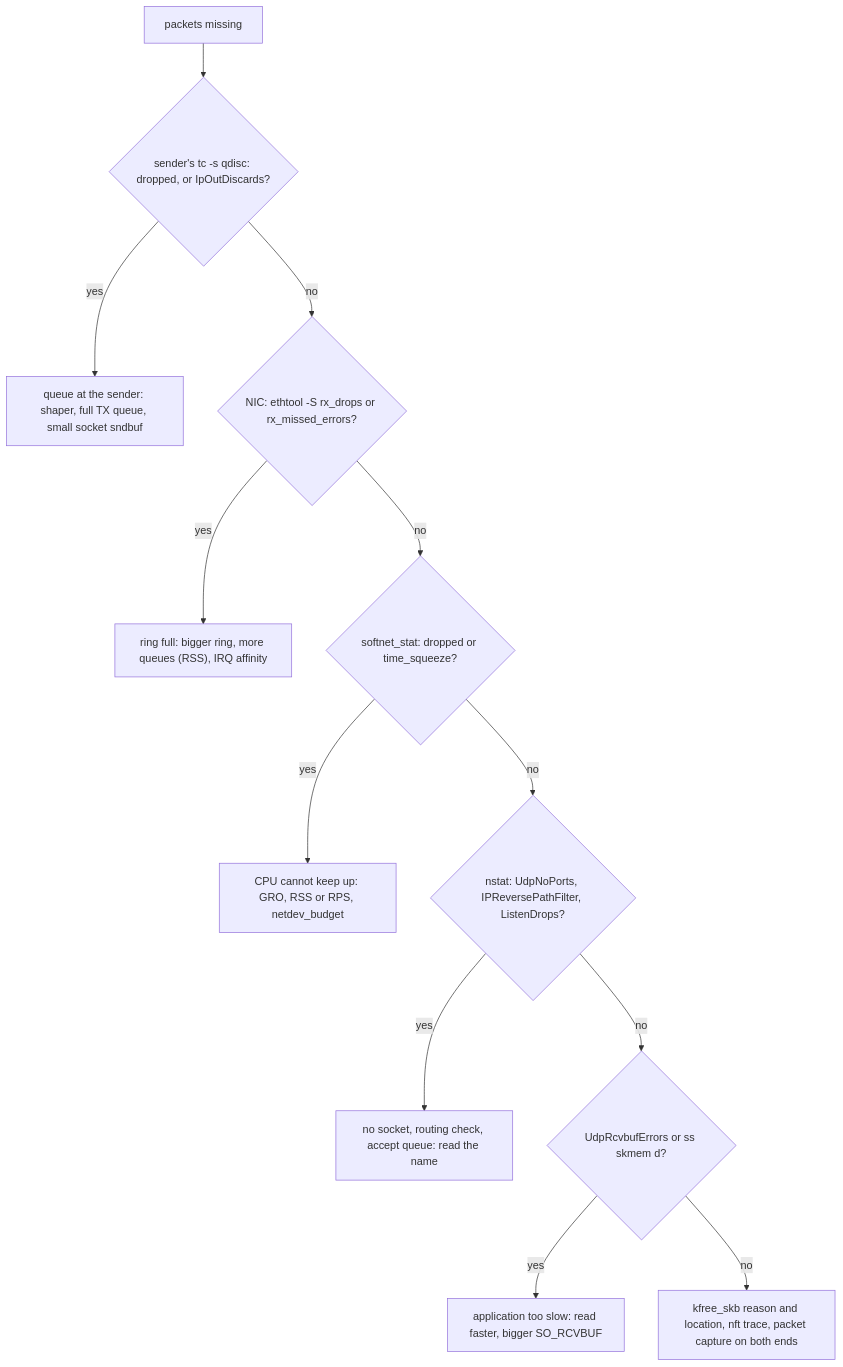
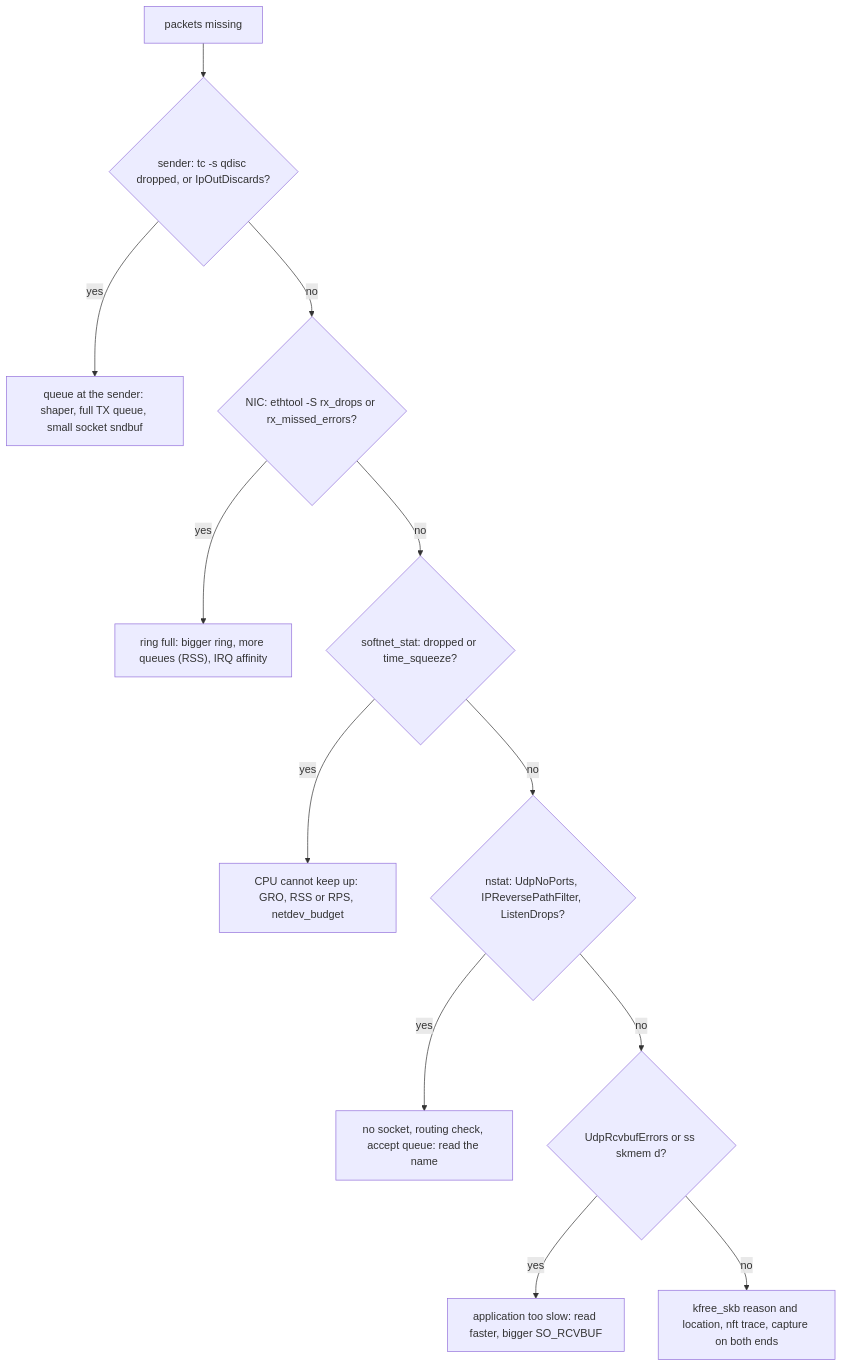
The fourth of 4 diagrams in 07_networking/06_linux_network_stack.md (Princeahrwar/Study), drawn with Mermaid before and after one commit. The commit also changed other lines of this file, not shown here.

````diff
--- a/07_networking/06_linux_network_stack.md
+++ b/07_networking/06_linux_network_stack.md
@@ -996,14 +294,14 @@
 ```mermaid
 flowchart TB
-  A["packets missing"] --> B{"sender's tc -s qdisc: dropped, or IpOutDiscards?"}
+  A["packets missing"] --> B{"sender: tc -s qdisc dropped, or IpOutDiscards?"}
   B -->|yes| B1["queue at the sender: shaper, full TX queue, small socket sndbuf"]
   B -->|no| C{"NIC: ethtool -S rx_drops or rx_missed_errors?"}
   C -->|yes| C1["ring full: bigger ring, more queues (RSS), IRQ affinity"]
   C -->|no| D{"softnet_stat: dropped or time_squeeze?"}
   D -->|yes| D1["CPU cannot keep up: GRO, RSS or RPS, netdev_budget"]
   D -->|no| E{"nstat: UdpNoPorts, IPReversePathFilter, ListenDrops?"}
   E -->|yes| E1["no socket, routing check, accept queue: read the name"]
   E -->|no| F{"UdpRcvbufErrors or ss skmem d?"}
   F -->|yes| F1["application too slow: read faster, bigger SO_RCVBUF"]
-  F -->|no| G["kfree_skb reason and location, nft trace, packet capture on both ends"]
+  F -->|no| G["kfree_skb reason and location, nft trace, capture on both ends"]
 ```
````
